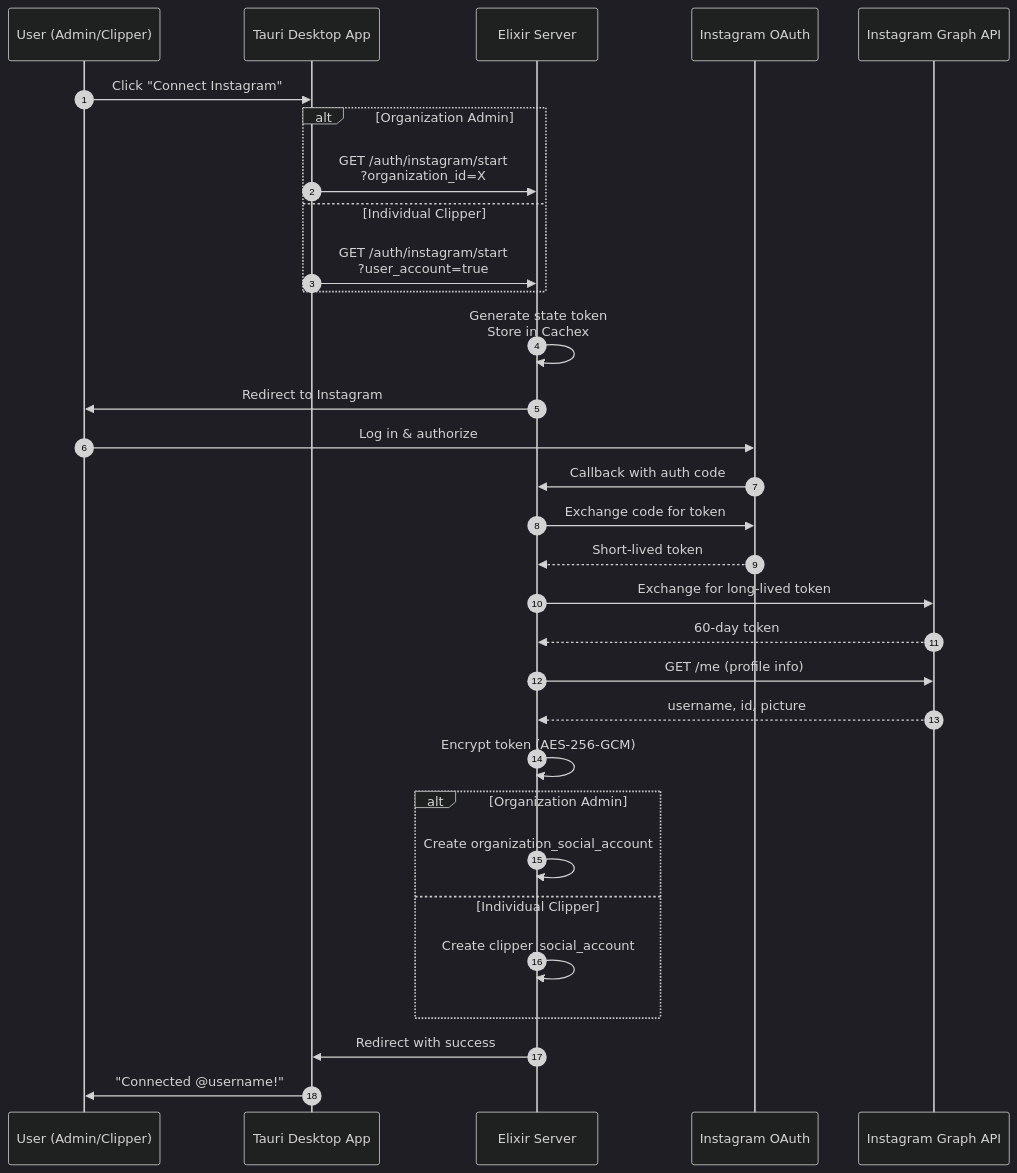
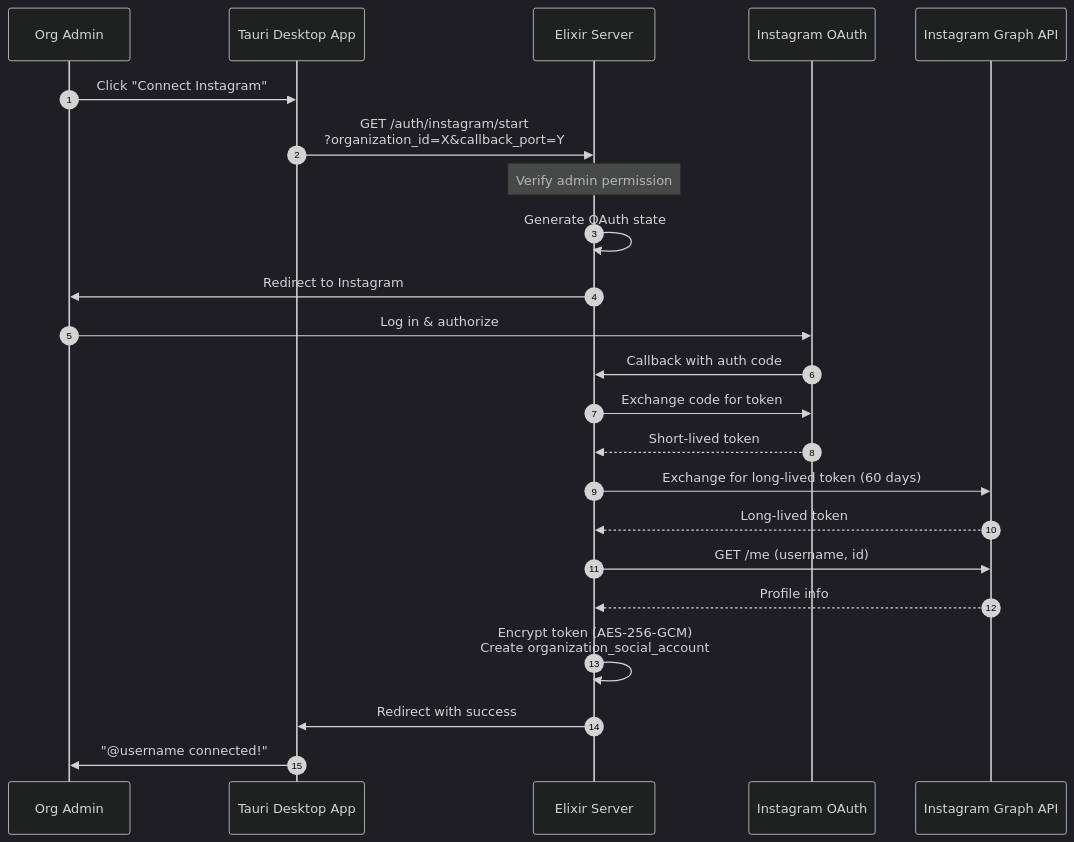
Before and after one commit to snowdamiz/clippster-mono: the tenth of 13 diagrams in INSTAGRAM_COMPLETE_FLOW_CHART.md, drawn with Mermaid (dark theme). The commit also changed other lines of this file, not shown here.

````diff
--- a/INSTAGRAM_COMPLETE_FLOW_CHART.md
+++ b/INSTAGRAM_COMPLETE_FLOW_CHART.md
@@ -412,43 +331,34 @@
 ```mermaid
 sequenceDiagram
     autonumber
-    participant User as User (Admin/Clipper)
+    participant Admin as Org Admin
     participant App as Tauri Desktop App
     participant Server as Elixir Server
     participant IG as Instagram OAuth
     participant API as Instagram Graph API
 
-    User->>App: Click "Connect Instagram"
+    Admin->>App: Click "Connect Instagram"
+    App->>Server: GET /auth/instagram/start<br/>?organization_id=X&callback_port=Y
     
-    alt Organization Admin
-        App->>Server: GET /auth/instagram/start<br/>?organization_id=X
-    else Individual Clipper
-        App->>Server: GET /auth/instagram/start<br/>?user_account=true
-    end
+    Note over Server: Verify admin permission
     
-    Server->>Server: Generate state token<br/>Store in Cachex
-    Server->>User: Redirect to Instagram
+    Server->>Server: Generate OAuth state
+    Server->>Admin: Redirect to Instagram
     
-    User->>IG: Log in & authorize
+    Admin->>IG: Log in & authorize
     IG->>Server: Callback with auth code
     
     Server->>IG: Exchange code for token
     IG-->>Server: Short-lived token
     
-    Server->>API: Exchange for long-lived token
-    API-->>Server: 60-day token
+    Server->>API: Exchange for long-lived token (60 days)
+    API-->>Server: Long-lived token
     
-    Server->>API: GET /me (profile info)
-    API-->>Server: username, id, picture
+    Server->>API: GET /me (username, id)
+    API-->>Server: Profile info
     
-    Server->>Server: Encrypt token (AES-256-GCM)
-    
-    alt Organization Admin
-        Server->>Server: Create organization_social_account
-    else Individual Clipper
-        Server->>Server: Create clipper_social_account
-    end
+    Server->>Server: Encrypt token (AES-256-GCM)<br/>Create organization_social_account
     
     Server->>App: Redirect with success
-    App->>User: "Connected @username!"
+    App->>Admin: "@username connected!"
 ```
````
